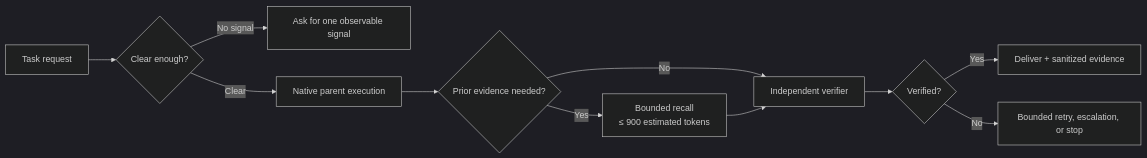
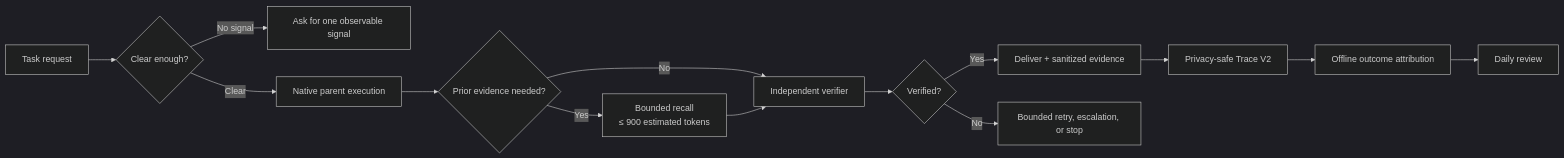
Before and after one commit to liuanye9-lab/codex-os-brain: the first of 9 diagrams in README.md, drawn with Mermaid (dark theme). The commit also changed other lines of this file and 29 other files, not shown here.

````diff
--- a/README.md
+++ b/README.md
@@ -11,13 +51,16 @@
 ```mermaid
 flowchart LR
   Request["Task request"] --> Contract{"Clear enough?"}
   Contract -->|"No signal"| Clarify["Ask for one observable signal"]
   Contract -->|"Clear"| Parent["Native parent execution"]
   Parent --> Need{"Prior evidence needed?"}
   Need -->|"No"| Verify["Independent verifier"]
   Need -->|"Yes"| Recall["Bounded recall<br/>≤ 900 estimated tokens"]
   Recall --> Verify
   Verify --> Outcome{"Verified?"}
   Outcome -->|"Yes"| Deliver["Deliver + sanitized evidence"]
   Outcome -->|"No"| Control["Bounded retry, escalation, or stop"]
+  Deliver --> Trace["Privacy-safe Trace V2"]
+  Trace --> Attribute["Offline outcome attribution"]
+  Attribute --> Review["Daily review"]
 ```
````
